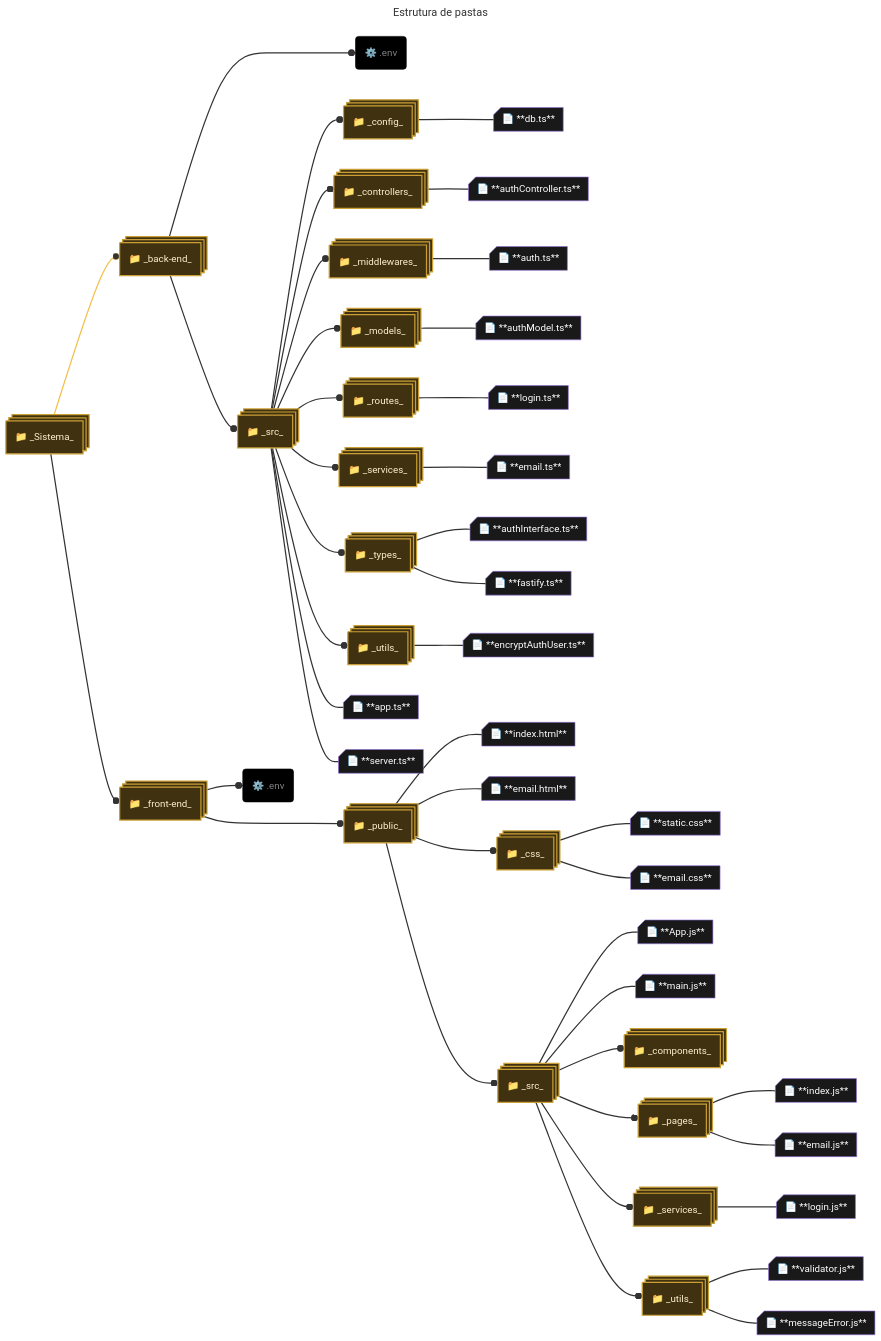
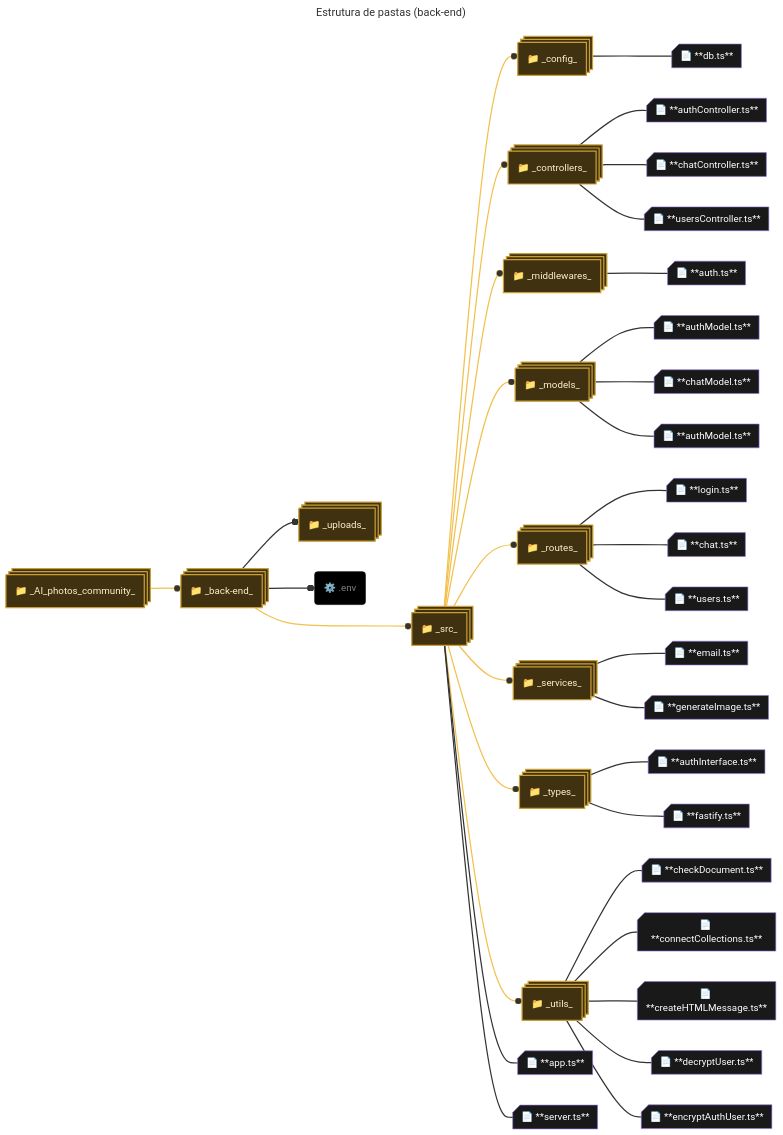
The first of 2 diagrams in README.md (henrygoncalvess/AI-photos-community), drawn with Mermaid before and after one commit. The commit also changed other lines of this file and 10 other files, not shown here.

````diff
--- a/README.md
+++ b/README.md
@@ -39,51 +40,44 @@
 ``` mermaid
 ---
-title:  Estrutura de pastas
+title:  Estrutura de pastas (back-end)
 ---
 flowchart LR
-    sistema("📁 _Sistema_")@{ shape: processes }
+    sistema("📁 _AI_photos_community_")@{ shape: processes }
     sistema --o back("📁 _back-end_")@{ shape: processes }
-    back ---o env("⚙️ .env")
-    back --o src("📁 _src_")@{ shape: processes }
+    back ---o src("📁 _src_")@{ shape: processes }
     src --o config("📁 _config_")@{ shape: processes }
     config --- db.ts("📄 **db.ts**")@{ shape: card }
     src --o controllers("📁 _controllers_")@{ shape: processes }
     controllers --- authController.ts("📄 **authController.ts**")@{ shape: card }
+    controllers --- chatController.ts("📄 **chatController.ts**")@{ shape: card }
+    controllers --- usersController.ts("📄 **usersController.ts**")@{ shape: card }
     src --o middle("📁 _middlewares_")@{ shape: processes }
     middle --- auth.ts("📄 **auth.ts**")@{ shape: card }
     src --o models("📁 _models_")@{ shape: processes }
     models --- authModel.ts("📄 **authModel.ts**")@{ shape: card }
+    models --- chatModel.ts("📄 **chatModel.ts**")@{ shape: card }
+    models --- usersModel.ts("📄 **authModel.ts**")@{ shape: card }
     src --o routes("📁 _routes_")@{ shape: processes }
     routes --- login.ts("📄 **login.ts**")@{ shape: card }
+    routes --- chat.ts("📄 **chat.ts**")@{ shape: card }
+    routes --- users.ts("📄 **users.ts**")@{ shape: card }
     src --o services("📁 _services_")@{ shape: processes }
+    services --- email.ts("📄 **email.ts**")@{ shape: card }
+    services --- generateImage.ts("📄 **generateImage.ts**")@{ shape: card }
     src --o types("📁 _types_")@{ shape: processes }
-    services --- email.ts("📄 **email.ts**")@{ shape: card }
     types --- authInterface.ts("📄 **authInterface.ts**")@{ shape: card }
     types --- fastify.ts("📄 **fastify.ts**")@{ shape: card }
     src --o utils("📁 _utils_")@{ shape: processes }
+    utils --- checkDocument.ts("📄 **checkDocument.ts**")@{ shape: card }
+    utils --- connectCollections.ts("📄 **connectCollections.ts**")@{ shape: card }
+    utils --- createHTMLMessage.ts("📄 **createHTMLMessage.ts**")@{ shape: card }
+    utils --- decryptUser.ts("📄 **decryptUser.ts**")@{ shape: card }
     utils --- encryptAuthUser.ts("📄 **encryptAuthUser.ts**")@{ shape: card }
     src --- app.ts("📄 **app.ts**")@{ shape: card }
     src --- server.ts("📄 **server.ts**")@{ shape: card }
-    sistema --o front("📁 _front-end_")@{ shape: processes }
-    front --o Fenv("⚙️ .env")
-    front ---o public("📁 _public_")@{ shape: processes }
-    public --- index.html("📄 **index.html**")@{ shape: card }
-    public --- email.html("📄 **email.html**")@{ shape: card }
-    public --o css("📁 _css_")@{ shape: processes }
-    public --o Fsrc("📁 _src_")@{ shape: processes }
-    css --- static.css("📄 **static.css**")@{ shape: card }
-    css --- email.css("📄 **email.css**")@{ shape: card }
-    Fsrc --- App.js("📄 **App.js**")@{ shape: card }
-    Fsrc --- main.js("📄 **main.js**")@{ shape: card }
-    Fsrc --o components("📁 _components_")@{ shape: processes }
-    Fsrc --o pages("📁 _pages_")@{ shape: processes }
-    Fsrc --o Fservices("📁 _services_")@{ shape: processes }
-    Fsrc --o Futils("📁 _utils_")@{ shape: processes }
-    pages --- index.js("📄 **index.js**")@{ shape: card }
-    pages --- email.js("📄 **email.js**")@{ shape: card }
-    Fservices --- login.js("📄 **login.js**")@{ shape: card }
-    Futils --- validator.js("📄 **validator.js**")@{ shape: card }
-    Futils --- messageError.js("📄 **messageError.js**")@{ shape: card }
+    back --o uploads("📁 _uploads_")@{ shape: processes }
+    back --o env("⚙️ .env")
+    
 
 
 
@@ -95,33 +89,17 @@
     classDef envStyle fill:#000000,stroke:#000000,color:gray;
 
     %%aplicação de classes
-    class sistema,back,src,config,controllers,middle,models,routes,services,utils,types pasta
-    class sistema,front,public,css,Fsrc,components,pages,Fservices,Futils pasta
+    class sistema,back,src,config,controllers,middle,models,routes,services,utils,types,uploads pasta
 
-    class env,Fenv envStyle
+    class env envStyle
 
 
 
     %%LINKS
     
     %%pastas
-    linkStyle 0 stroke:#f2c04b
+    linkStyle 0,1,2,4,8,10,14,18,21,24 stroke:#f2c04b
 
     %%arquivos
     linkStyle default stroke-width:2px;
-
-    click src "https://github.com/henrygoncalvess/API_REST_fastify/tree/main/src"
-    click config "https://github.com/henrygoncalvess/API_REST_fastify/tree/main/src/config"
-    click db.ts "https://github.com/henrygoncalvess/API_REST_fastify/tree/main/src/config/db.ts"
-    click controllers "https://github.com/henrygoncalvess/API_REST_fastify/tree/main/src/controllers"
-    click UserController.ts "https://github.com/henrygoncalvess/API_REST_fastify/tree/main/src/controllers/UserController.ts"
-    click models "https://github.com/henrygoncalvess/API_REST_fastify/tree/main/src/models"
-    click UserModel.ts "https://github.com/henrygoncalvess/API_REST_fastify/tree/main/src/models/UserModel.ts"
-    click routes "https://github.com/henrygoncalvess/API_REST_fastify/tree/main/src/routes"
-    click Users.ts "https://github.com/henrygoncalvess/API_REST_fastify/tree/main/src/routes/users.ts"
-    click types "https://github.com/henrygoncalvess/API_REST_fastify/tree/main/src/types"
-    click fastify.ts "https://github.com/henrygoncalvess/API_REST_fastify/tree/main/src/types/fastify.ts"
-    click usermodel.ts "https://github.com/henrygoncalvess/API_REST_fastify/tree/main/src/types/usermodel.ts"
-    click app.ts "https://github.com/henrygoncalvess/API_REST_fastify/tree/main/src/app.ts"
-    click server.ts "https://github.com/henrygoncalvess/API_REST_fastify/tree/main/src/server.ts"
 ```
````
